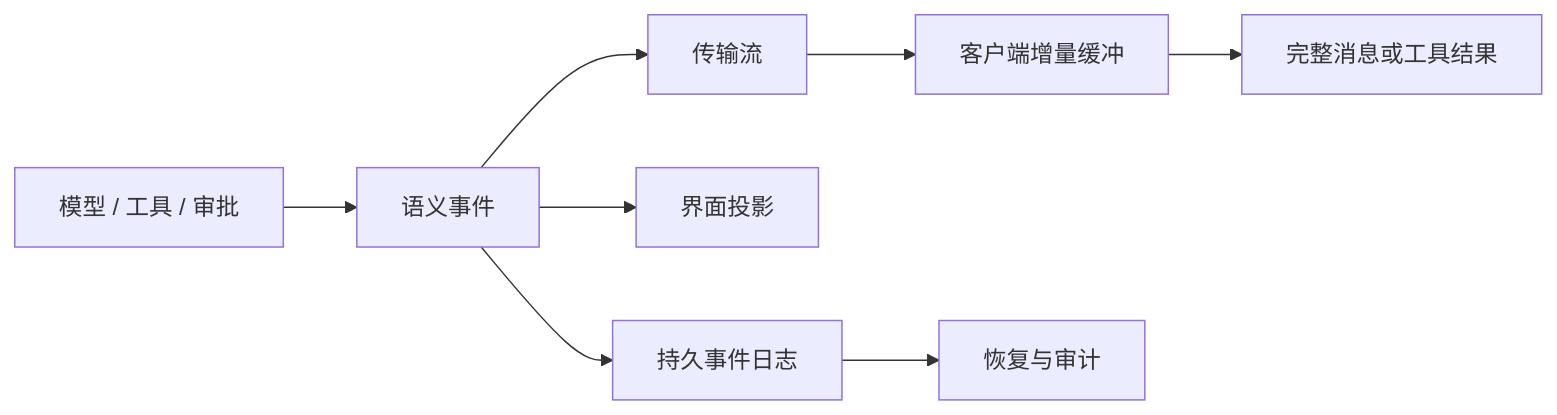
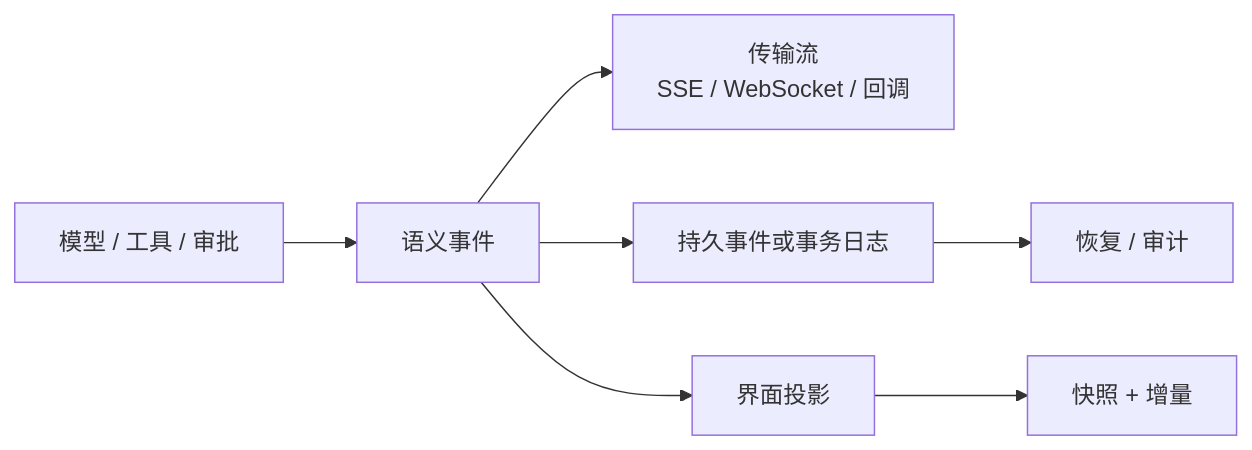
One commit to xiaoslin9153/awesome-agent-harness-tutorial changed the first of 2 diagrams in tutorial/zh-CN/01-core-concepts/events-and-streaming.md. Above: the diagram before and after it, drawn with Mermaid. The commit also changed other lines of this file and 3 other files, not shown here.

````diff
--- a/tutorial/zh-CN/01-core-concepts/events-and-streaming.md
+++ b/tutorial/zh-CN/01-core-concepts/events-and-streaming.md
@@ -34,10 +53,9 @@
 ```mermaid
 flowchart LR
   P[模型 / 工具 / 审批] --> E[语义事件]
-  E --> T[传输流]
+  E --> T[传输流<br/>SSE / WebSocket / 回调]
+  E --> D[持久事件或事务日志]
   E --> U[界面投影]
-  E --> D[持久事件日志]
-  T --> C[客户端增量缓冲]
-  C --> F[完整消息或工具结果]
-  D --> R[恢复与审计]
+  D --> R[恢复 / 审计]
+  U --> S[快照 + 增量]
 ```
````
